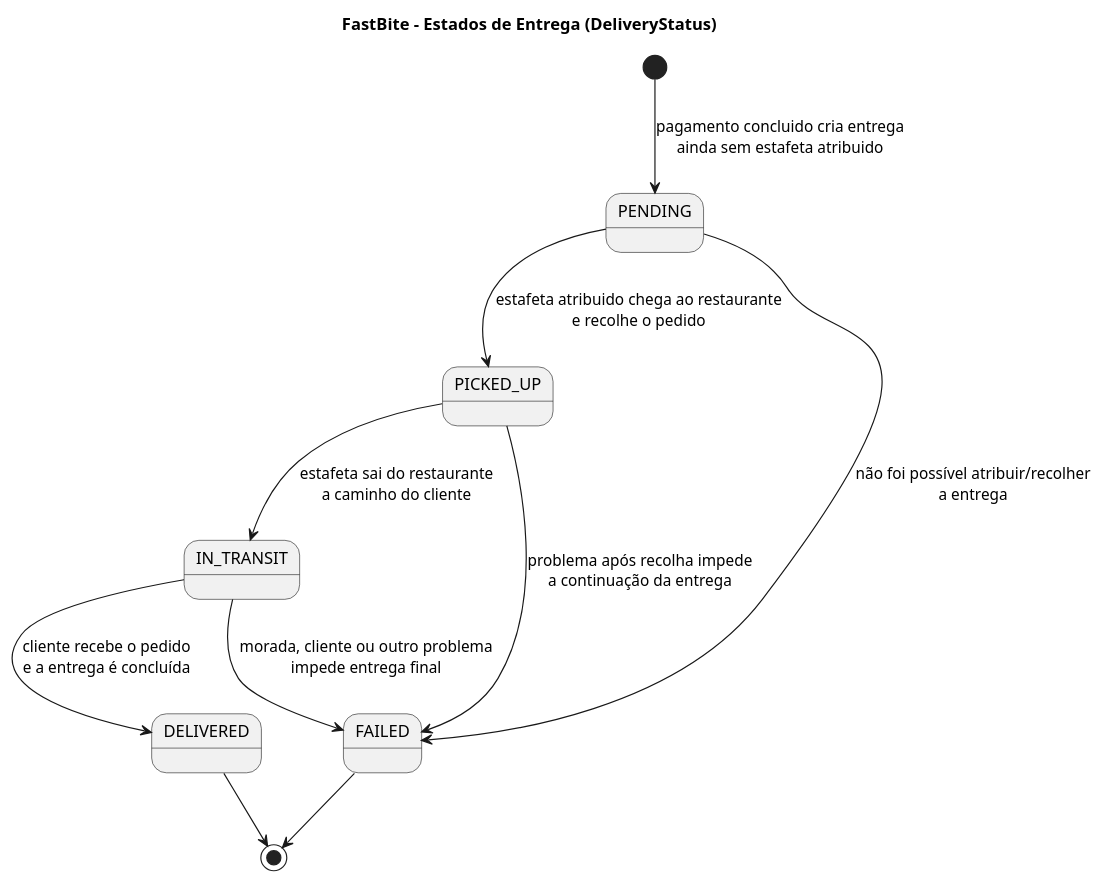
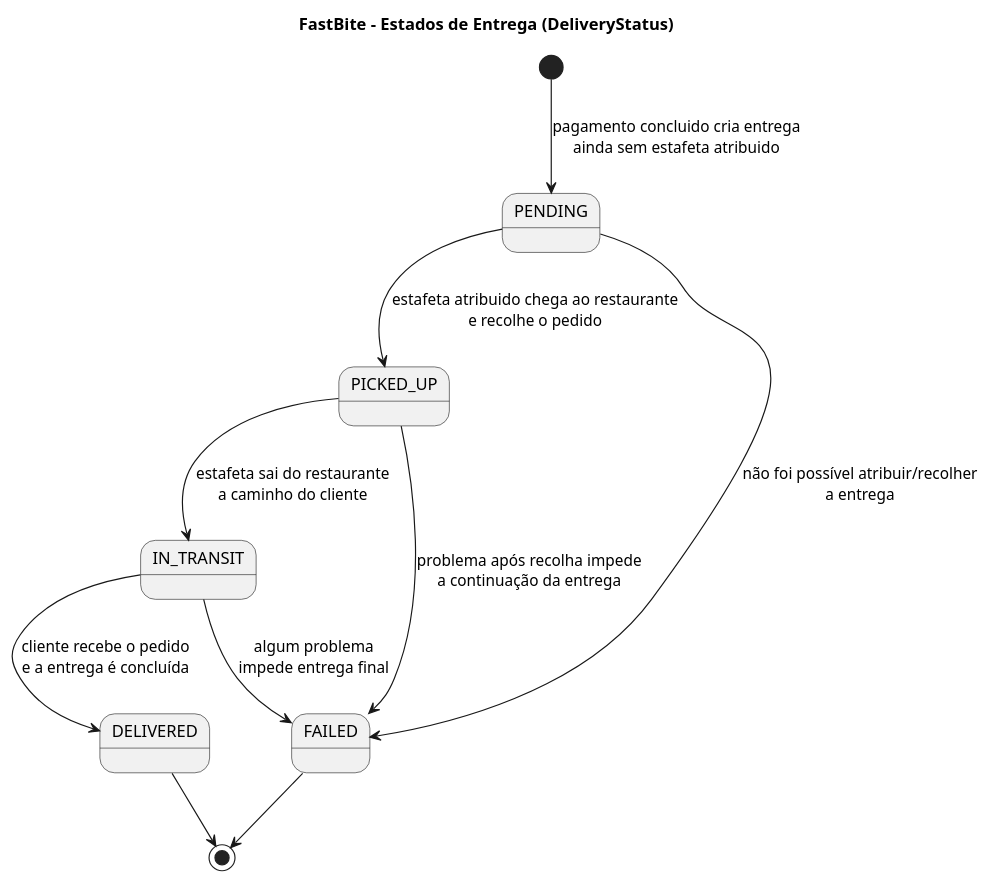
The diagram in Documentacao/docs novas/04c_estado_entrega.puml (DuarteMSousa/FastBite), drawn with PlantUML before and after one commit. The commit also changed 2 other files, not shown here.

Commit message:
Refine wording in state diagrams (PUML)
Adjust text in three PlantUML state diagrams to clarify status transitions:

- Documentacao/docs novas/04a_estado_encomenda.puml: Clarify PENDING->CANCELLED reason to indicate cancellation due to lack of available courier.
- Documentacao/docs novas/04b_estado_pagamento.puml: Remove an incorrect initial transition to COMPLETED so payment starts in PENDING until confirmation/expiration.
- Documentacao/docs novas/04c_estado_entrega.puml: Simplify IN_TRANSIT->FAILED label to a generic "algum problema" to avoid overly specific failure reasons.

These tweaks improve accuracy and readability of the order/payment/delivery state diagrams.

```diff
--- a/Documentacao/docs novas/04c_estado_entrega.puml
+++ b/Documentacao/docs novas/04c_estado_entrega.puml
@@ -1,20 +1,20 @@
 @startuml FastBite_State_Delivery
 title FastBite - Estados de Entrega (DeliveryStatus)
 
 skinparam shadowing false
 
 [*] --> PENDING : pagamento concluido cria entrega\nainda sem estafeta atribuido
 
 PENDING --> PICKED_UP : estafeta atribuido chega ao restaurante\ne recolhe o pedido
 PENDING --> FAILED : não foi possível atribuir/recolher\na entrega
 
 PICKED_UP --> IN_TRANSIT : estafeta sai do restaurante\na caminho do cliente
 PICKED_UP --> FAILED : problema após recolha impede\na continuação da entrega
 
 IN_TRANSIT --> DELIVERED : cliente recebe o pedido\ne a entrega é concluída
-IN_TRANSIT --> FAILED : morada, cliente ou outro problema\nimpede entrega final
+IN_TRANSIT --> FAILED : algum problema\nimpede entrega final
 
 DELIVERED --> [*]
 FAILED --> [*]
 
 @enduml
```
